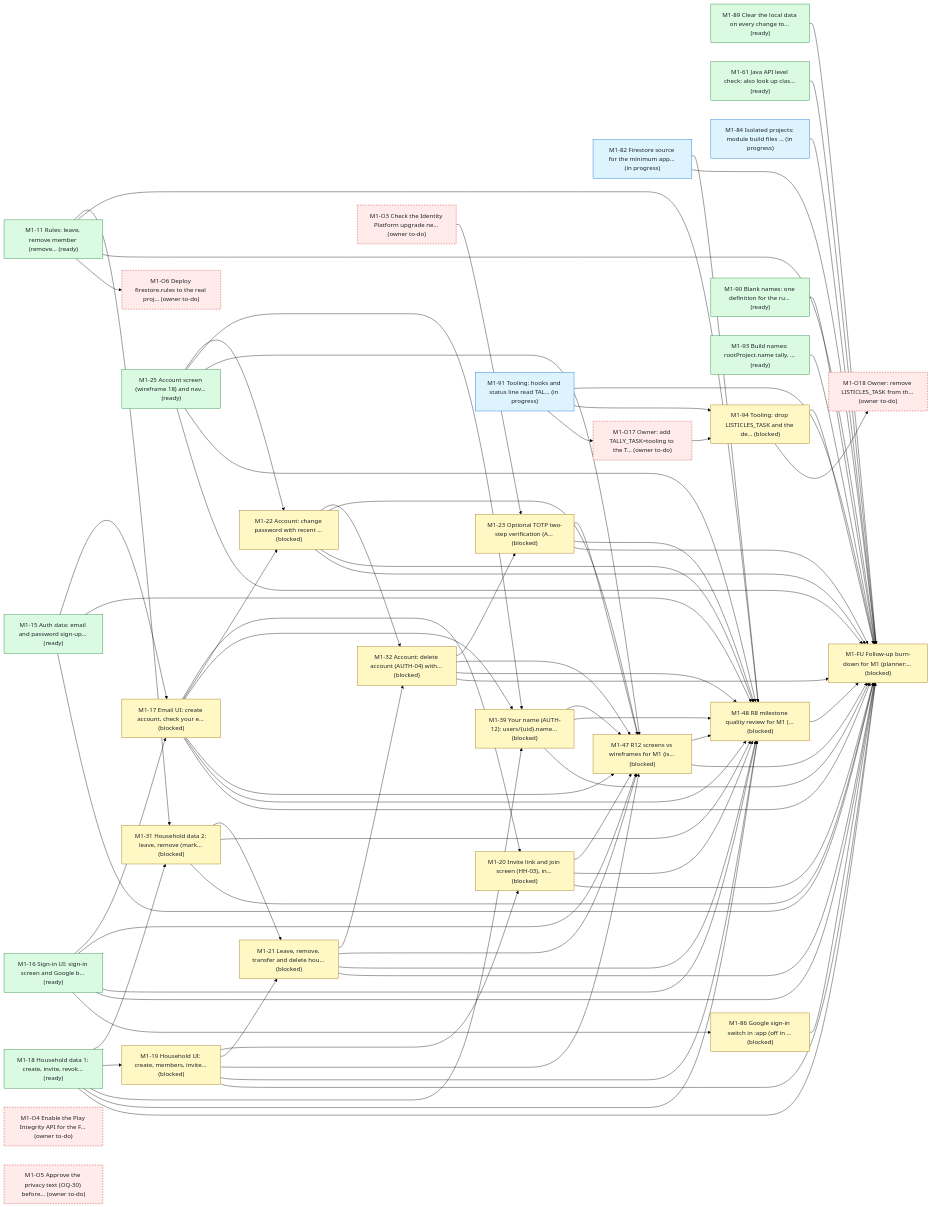
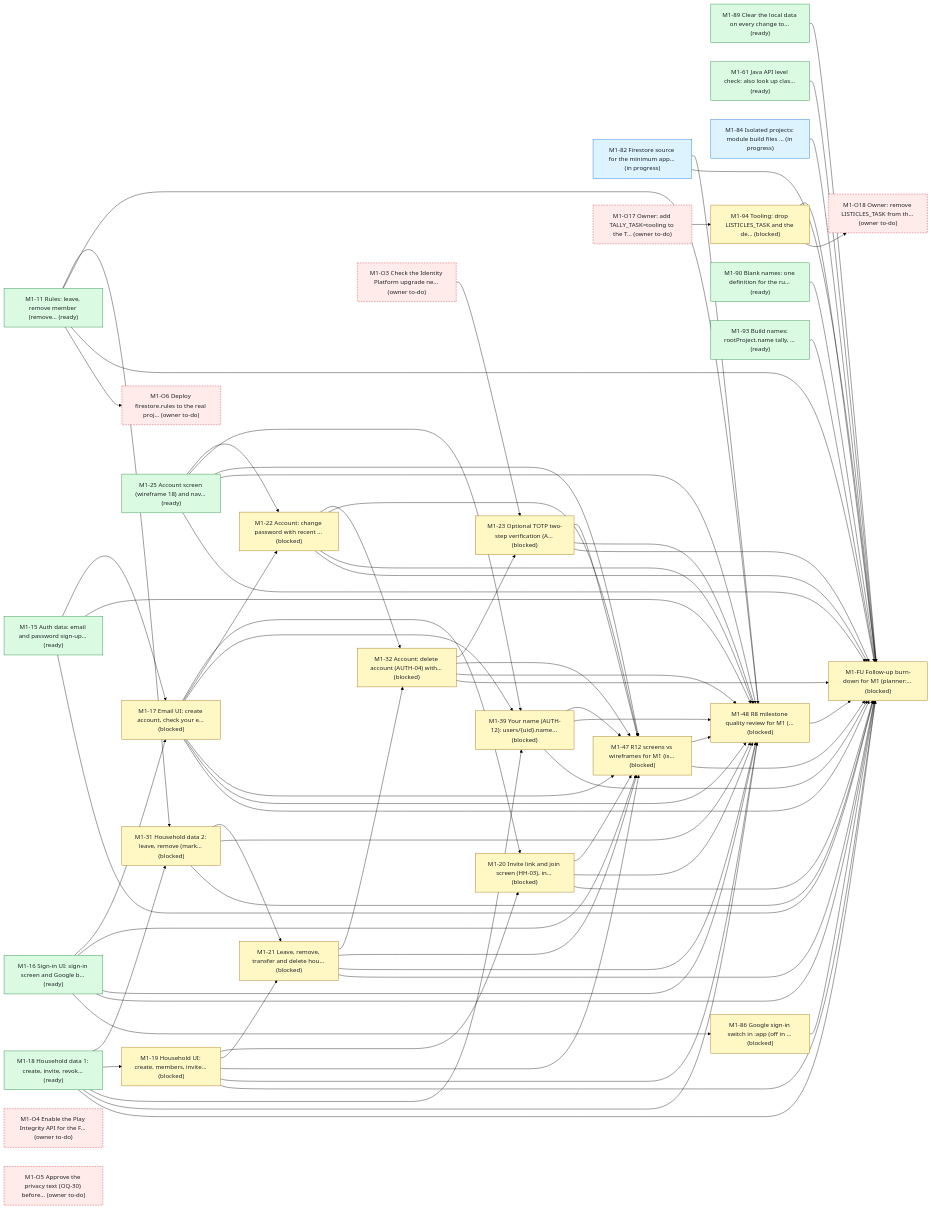
One commit to bondo/listicles2 changed the first of 4 diagrams in status.md. Above: the diagram before and after it, drawn with Mermaid (forest theme). The commit also changed other lines of this file and 3 other files, not shown here.

```diff
--- a/status.md
+++ b/status.md
@@ -264,11 +264,10 @@
     n24["M1-O6 Deploy firestore.rules to the real proj… (owner to-do)"]:::owner
     n25["M1-86 Google sign-in switch in :app (off in … (blocked)"]:::blocked
     n26["M1-90 Blank names: one definition for the ru… (ready)"]:::ready
-    n27["M1-91 Tooling: hooks and status line read TAL… (in progress)"]:::progress
-    n28["M1-93 Build names: rootProject.name tally, … (ready)"]:::ready
-    n29["M1-94 Tooling: drop LISTICLES_TASK and the de… (blocked)"]:::blocked
-    n30["M1-O17 Owner: add TALLY_TASK=tooling to the T… (owner to-do)"]:::owner
-    n31["M1-O18 Owner: remove LISTICLES_TASK from th… (owner to-do)"]:::owner
+    n27["M1-93 Build names: rootProject.name tally, … (ready)"]:::ready
+    n28["M1-94 Tooling: drop LISTICLES_TASK and the de… (blocked)"]:::blocked
+    n29["M1-O17 Owner: add TALLY_TASK=tooling to the T… (owner to-do)"]:::owner
+    n30["M1-O18 Owner: remove LISTICLES_TASK from th… (owner to-do)"]:::owner
     n3 --> n5
     n4 --> n5
     n0 --> n7
@@ -318,7 +317,6 @@
     n0 --> n20
     n27 --> n20
     n28 --> n20
-    n29 --> n20
     n3 --> n20
     n4 --> n20
     n5 --> n20
@@ -340,10 +338,8 @@
     n25 --> n20
     n0 --> n24
     n4 --> n25
-    n30 --> n29
-    n27 --> n29
-    n27 --> n30
-    n29 --> n31
+    n29 --> n28
+    n28 --> n30
     classDef ready fill:#dafbe1,stroke:#1a7f37,color:#1f2328
     classDef progress fill:#ddf4ff,stroke:#0969da,color:#1f2328
     classDef blocked fill:#fff8c5,stroke:#9a6700,color:#1f2328
```
